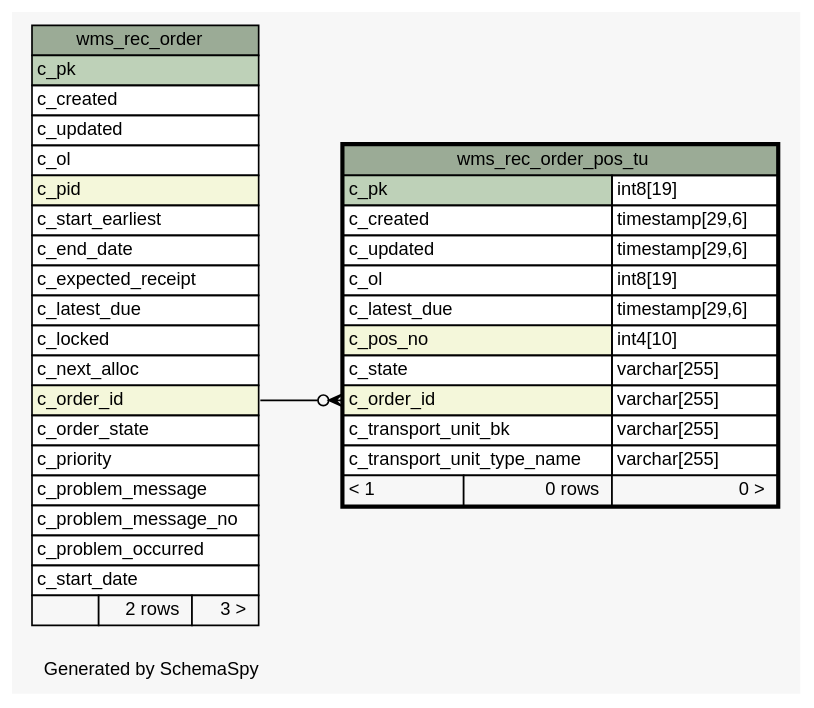
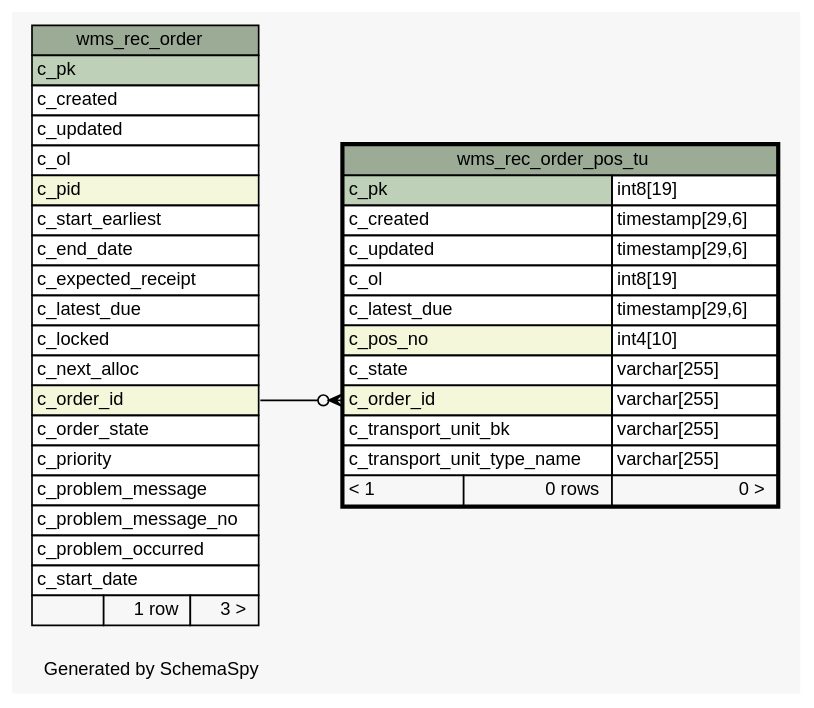
Before and after one commit to openwms/org.openwms.wms.receiving.lib: the diagram in 1.0.0-SNAPSHOT/schemaspy/diagrams/wms_rec_order_pos_tu.1degree.dot, drawn with Graphviz. The commit also changed 386 other files, not shown here.

```diff
--- a/1.0.0-SNAPSHOT/schemaspy/diagrams/wms_rec_order_pos_tu.1degree.dot
+++ b/1.0.0-SNAPSHOT/schemaspy/diagrams/wms_rec_order_pos_tu.1degree.dot
@@ -1,69 +1,69 @@
-// dot 2.43.0 on Linux 5.13.0-1017-azure
+// dot 2.43.0 on Linux 5.13.0-1021-azure
 // SchemaSpy rev Unknown
 digraph "oneDegreeRelationshipsDiagram" {
   graph [
     rankdir="RL"
     bgcolor="#f7f7f7"
     label="\nGenerated by SchemaSpy"
     labeljust="l"
     nodesep="0.18"
     ranksep="0.46"
     fontname="Helvetica"
     fontsize="11"
   ];
   node [
     fontname="Helvetica"
     fontsize="11"
     shape="plaintext"
   ];
   edge [
     arrowsize="0.8"
   ];
   "wms_rec_order_pos_tu":"c_order_id":w -> "wms_rec_order":"c_order_id":e [arrowhead=none dir=back arrowtail=crowodot];
   "wms_rec_order" [
     label=<
     <TABLE BORDER="0" CELLBORDER="1" CELLSPACING="0" BGCOLOR="#ffffff">
       <TR><TD COLSPAN="3" BGCOLOR="#9bab96" ALIGN="CENTER">wms_rec_order</TD></TR>
       <TR><TD PORT="c_pk" COLSPAN="3" BGCOLOR="#bed1b8" ALIGN="LEFT">c_pk</TD></TR>
       <TR><TD PORT="c_created" COLSPAN="3" ALIGN="LEFT">c_created</TD></TR>
       <TR><TD PORT="c_updated" COLSPAN="3" ALIGN="LEFT">c_updated</TD></TR>
       <TR><TD PORT="c_ol" COLSPAN="3" ALIGN="LEFT">c_ol</TD></TR>
       <TR><TD PORT="c_pid" COLSPAN="3" BGCOLOR="#f4f7da" ALIGN="LEFT">c_pid</TD></TR>
       <TR><TD PORT="c_start_earliest" COLSPAN="3" ALIGN="LEFT">c_start_earliest</TD></TR>
       <TR><TD PORT="c_end_date" COLSPAN="3" ALIGN="LEFT">c_end_date</TD></TR>
       <TR><TD PORT="c_expected_receipt" COLSPAN="3" ALIGN="LEFT">c_expected_receipt</TD></TR>
       <TR><TD PORT="c_latest_due" COLSPAN="3" ALIGN="LEFT">c_latest_due</TD></TR>
       <TR><TD PORT="c_locked" COLSPAN="3" ALIGN="LEFT">c_locked</TD></TR>
       <TR><TD PORT="c_next_alloc" COLSPAN="3" ALIGN="LEFT">c_next_alloc</TD></TR>
       <TR><TD PORT="c_order_id" COLSPAN="3" BGCOLOR="#f4f7da" ALIGN="LEFT">c_order_id</TD></TR>
       <TR><TD PORT="c_order_state" COLSPAN="3" ALIGN="LEFT">c_order_state</TD></TR>
       <TR><TD PORT="c_priority" COLSPAN="3" ALIGN="LEFT">c_priority</TD></TR>
       <TR><TD PORT="c_problem_message" COLSPAN="3" ALIGN="LEFT">c_problem_message</TD></TR>
       <TR><TD PORT="c_problem_message_no" COLSPAN="3" ALIGN="LEFT">c_problem_message_no</TD></TR>
       <TR><TD PORT="c_problem_occurred" COLSPAN="3" ALIGN="LEFT">c_problem_occurred</TD></TR>
       <TR><TD PORT="c_start_date" COLSPAN="3" ALIGN="LEFT">c_start_date</TD></TR>
-      <TR><TD ALIGN="LEFT" BGCOLOR="#f7f7f7">  </TD><TD ALIGN="RIGHT" BGCOLOR="#f7f7f7">2 rows</TD><TD ALIGN="RIGHT" BGCOLOR="#f7f7f7">3 &gt;</TD></TR>
+      <TR><TD ALIGN="LEFT" BGCOLOR="#f7f7f7">  </TD><TD ALIGN="RIGHT" BGCOLOR="#f7f7f7">1 row</TD><TD ALIGN="RIGHT" BGCOLOR="#f7f7f7">3 &gt;</TD></TR>
     </TABLE>>
     URL="wms_rec_order.html"
     tooltip="wms_rec_order"
   ];
   "wms_rec_order_pos_tu" [
     label=<
     <TABLE BORDER="2" CELLBORDER="1" CELLSPACING="0" BGCOLOR="#ffffff">
       <TR><TD COLSPAN="3" BGCOLOR="#9bab96" ALIGN="CENTER">wms_rec_order_pos_tu</TD></TR>
       <TR><TD PORT="c_pk" COLSPAN="2" BGCOLOR="#bed1b8" ALIGN="LEFT">c_pk</TD><TD PORT="c_pk.type" ALIGN="LEFT">int8[19]</TD></TR>
       <TR><TD PORT="c_created" COLSPAN="2" ALIGN="LEFT">c_created</TD><TD PORT="c_created.type" ALIGN="LEFT">timestamp[29,6]</TD></TR>
       <TR><TD PORT="c_updated" COLSPAN="2" ALIGN="LEFT">c_updated</TD><TD PORT="c_updated.type" ALIGN="LEFT">timestamp[29,6]</TD></TR>
       <TR><TD PORT="c_ol" COLSPAN="2" ALIGN="LEFT">c_ol</TD><TD PORT="c_ol.type" ALIGN="LEFT">int8[19]</TD></TR>
       <TR><TD PORT="c_latest_due" COLSPAN="2" ALIGN="LEFT">c_latest_due</TD><TD PORT="c_latest_due.type" ALIGN="LEFT">timestamp[29,6]</TD></TR>
       <TR><TD PORT="c_pos_no" COLSPAN="2" BGCOLOR="#f4f7da" ALIGN="LEFT">c_pos_no</TD><TD PORT="c_pos_no.type" ALIGN="LEFT">int4[10]</TD></TR>
       <TR><TD PORT="c_state" COLSPAN="2" ALIGN="LEFT">c_state</TD><TD PORT="c_state.type" ALIGN="LEFT">varchar[255]</TD></TR>
       <TR><TD PORT="c_order_id" COLSPAN="2" BGCOLOR="#f4f7da" ALIGN="LEFT">c_order_id</TD><TD PORT="c_order_id.type" ALIGN="LEFT">varchar[255]</TD></TR>
       <TR><TD PORT="c_transport_unit_bk" COLSPAN="2" ALIGN="LEFT">c_transport_unit_bk</TD><TD PORT="c_transport_unit_bk.type" ALIGN="LEFT">varchar[255]</TD></TR>
       <TR><TD PORT="c_transport_unit_type_name" COLSPAN="2" ALIGN="LEFT">c_transport_unit_type_name</TD><TD PORT="c_transport_unit_type_name.type" ALIGN="LEFT">varchar[255]</TD></TR>
       <TR><TD ALIGN="LEFT" BGCOLOR="#f7f7f7">&lt; 1</TD><TD ALIGN="RIGHT" BGCOLOR="#f7f7f7">0 rows</TD><TD ALIGN="RIGHT" BGCOLOR="#f7f7f7">0 &gt;</TD></TR>
     </TABLE>>
     URL="wms_rec_order_pos_tu.html"
     tooltip="wms_rec_order_pos_tu"
   ];
 }
```
